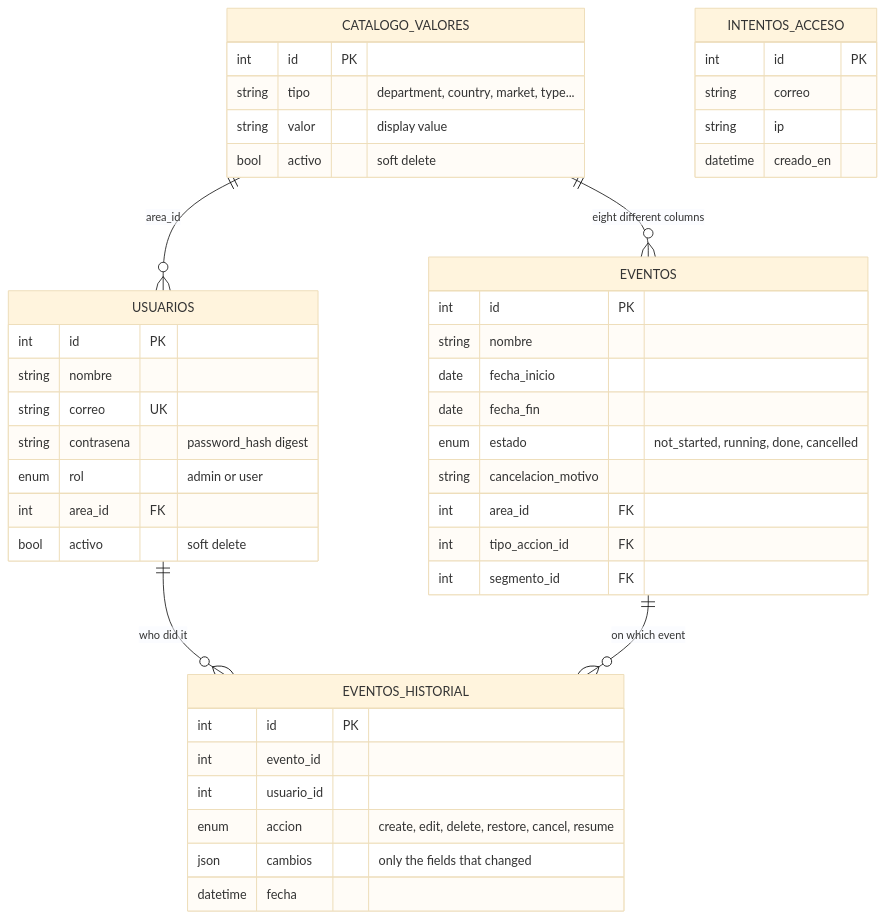
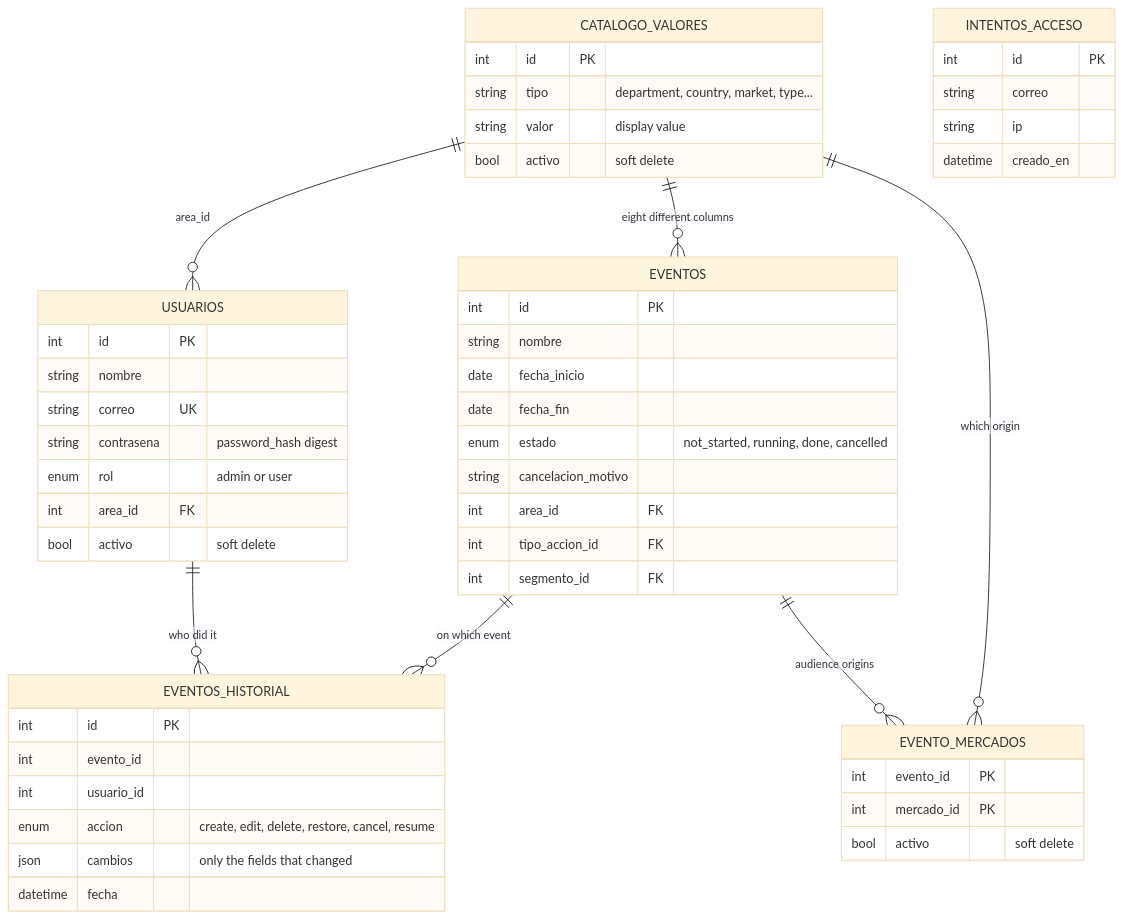
One commit to Michse017/calendario-institucional changed the seventh of 8 diagrams in docs/ARCHITECTURE.md. Above: the diagram before and after it, drawn with Mermaid (base theme). The commit also changed other lines of this file and 2 other files, not shown here.

Commit message:
docs: nuevas features en el README y evento_mercados en el diagrama de datos
También el CSS compilado con las utilidades que usa el campo de etiquetas.

Claude-Session: https://claude.ai/code/session_01WMy5pxDHyiaTadW1ENo3Wg

````diff
--- a/docs/ARCHITECTURE.md
+++ b/docs/ARCHITECTURE.md
@@ -263,48 +263,55 @@
 ```mermaid
 erDiagram
     CATALOGO_VALORES ||--o{ USUARIOS : "area_id"
     CATALOGO_VALORES ||--o{ EVENTOS : "eight different columns"
     USUARIOS ||--o{ EVENTOS_HISTORIAL : "who did it"
     EVENTOS ||--o{ EVENTOS_HISTORIAL : "on which event"
+    EVENTOS ||--o{ EVENTO_MERCADOS : "audience origins"
+    CATALOGO_VALORES ||--o{ EVENTO_MERCADOS : "which origin"
 
     CATALOGO_VALORES {
         int id PK
         string tipo "department, country, market, type..."
         string valor "display value"
         bool activo "soft delete"
     }
     USUARIOS {
         int id PK
         string nombre
         string correo UK
         string contrasena "password_hash digest"
         enum rol "admin or user"
         int area_id FK
         bool activo "soft delete"
     }
     INTENTOS_ACCESO {
         int id PK
         string correo
         string ip
         datetime creado_en
     }
     EVENTOS {
         int id PK
         string nombre
         date fecha_inicio
         date fecha_fin
         enum estado "not_started, running, done, cancelled"
         string cancelacion_motivo
         int area_id FK
         int tipo_accion_id FK
         int segmento_id FK
     }
     EVENTOS_HISTORIAL {
         int id PK
         int evento_id
         int usuario_id
         enum accion "create, edit, delete, restore, cancel, resume"
         json cambios "only the fields that changed"
         datetime fecha
     }
+    EVENTO_MERCADOS {
+        int evento_id PK
+        int mercado_id PK
+        bool activo "soft delete"
+    }
 ```
````
